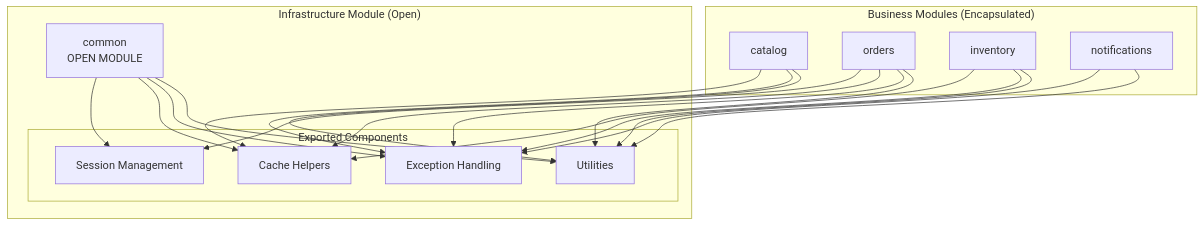
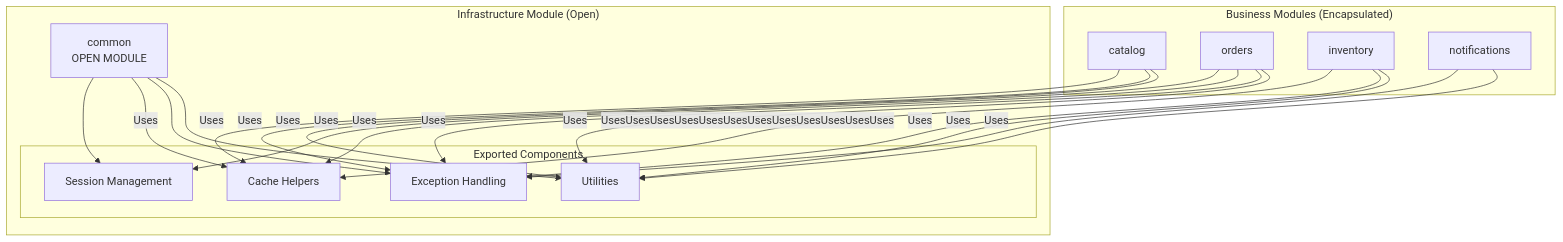
Before and after one commit to philipz/spring-modular-monolith: the first of 4 diagrams in docs/deepwiki/Common-Module.md, drawn with Mermaid. The commit also changed other lines of this file and 55 other files, not shown here.

````diff
--- a/docs/deepwiki/Common-Module.md
+++ b/docs/deepwiki/Common-Module.md
@@ -38,48 +38,48 @@
 ```mermaid
 flowchart TD
 
 Catalog["catalog"]
 Orders["orders"]
 Inventory["inventory"]
 Notifications["notifications"]
 Common["common<br>OPEN MODULE"]
 Utilities["Utilities"]
 Exceptions["Exception Handling"]
 CacheHelpers["Cache Helpers"]
 SessionMgmt["Session Management"]
 
-Catalog --> Utilities
-Catalog --> Exceptions
-Catalog --> CacheHelpers
-Orders --> Utilities
-Orders --> Exceptions
-Orders --> CacheHelpers
-Orders --> SessionMgmt
-Inventory --> Utilities
-Inventory --> Exceptions
-Inventory --> CacheHelpers
+Catalog -->|"Uses"| Utilities
+Catalog -->|"Uses"| Exceptions
+Catalog -->|"Uses"| CacheHelpers
+Orders -->|"Uses"| Utilities
+Orders -->|"Uses"| Exceptions
+Orders -->|"Uses"| CacheHelpers
+Orders -->|"Uses"| SessionMgmt
+Inventory -->|"Uses"| Utilities
+Inventory -->|"Uses"| Exceptions
+Inventory -->|"UsesUsesUsesUsesUsesUsesUsesUsesUsesUsesUsesUses"| CacheHelpers
 Notifications --> Utilities
-Notifications --> Exceptions
+Notifications -->|"Uses"| Exceptions
 
 subgraph subGraph2 ["Infrastructure Module (Open)"]
     Common
     Common --> Utilities
     Common --> Exceptions
-    Common --> CacheHelpers
+    Common -->|"Uses"| CacheHelpers
     Common --> SessionMgmt
 
 subgraph subGraph1 ["Exported Components"]
     Utilities
     Exceptions
     CacheHelpers
     SessionMgmt
 end
 end
 
 subgraph subGraph0 ["Business Modules (Encapsulated)"]
     Catalog
     Orders
     Inventory
     Notifications
 end
 ```
````
